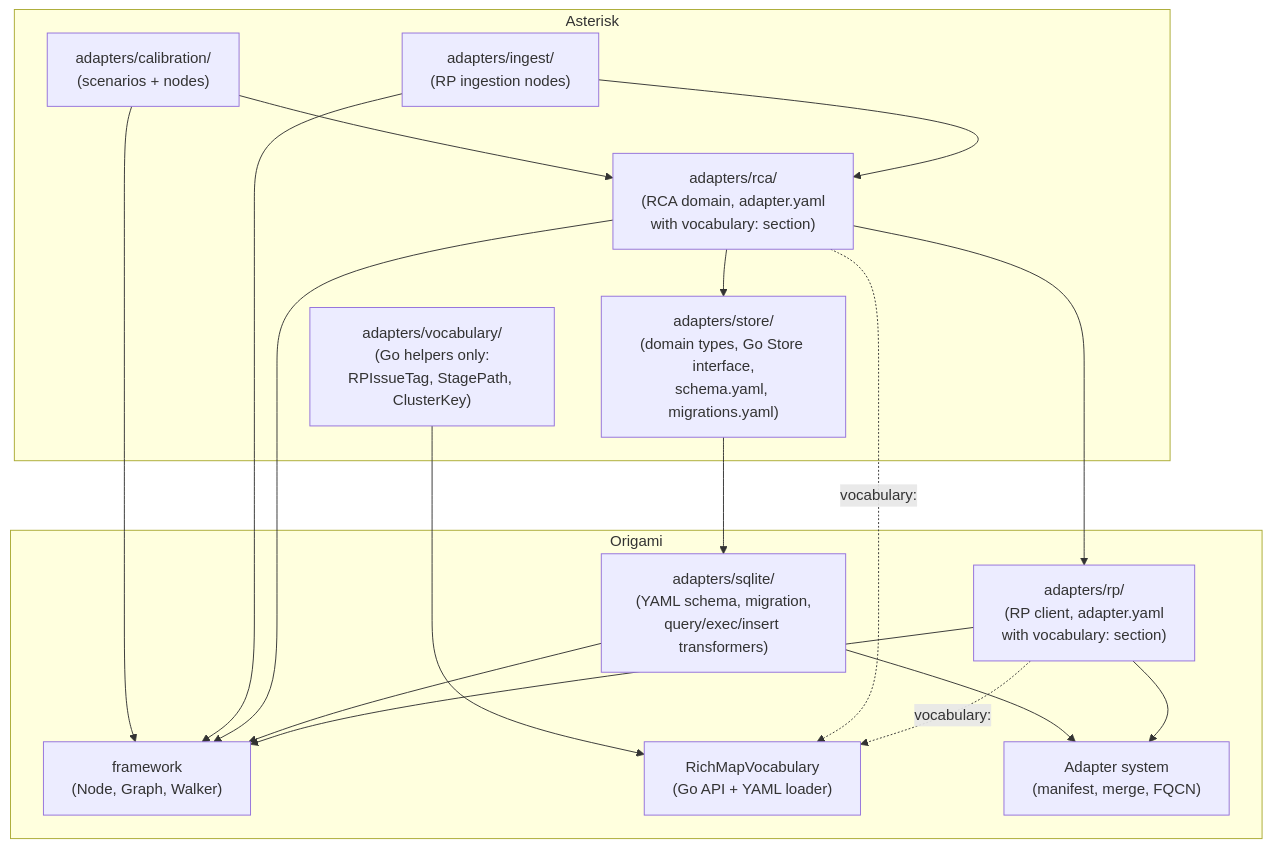
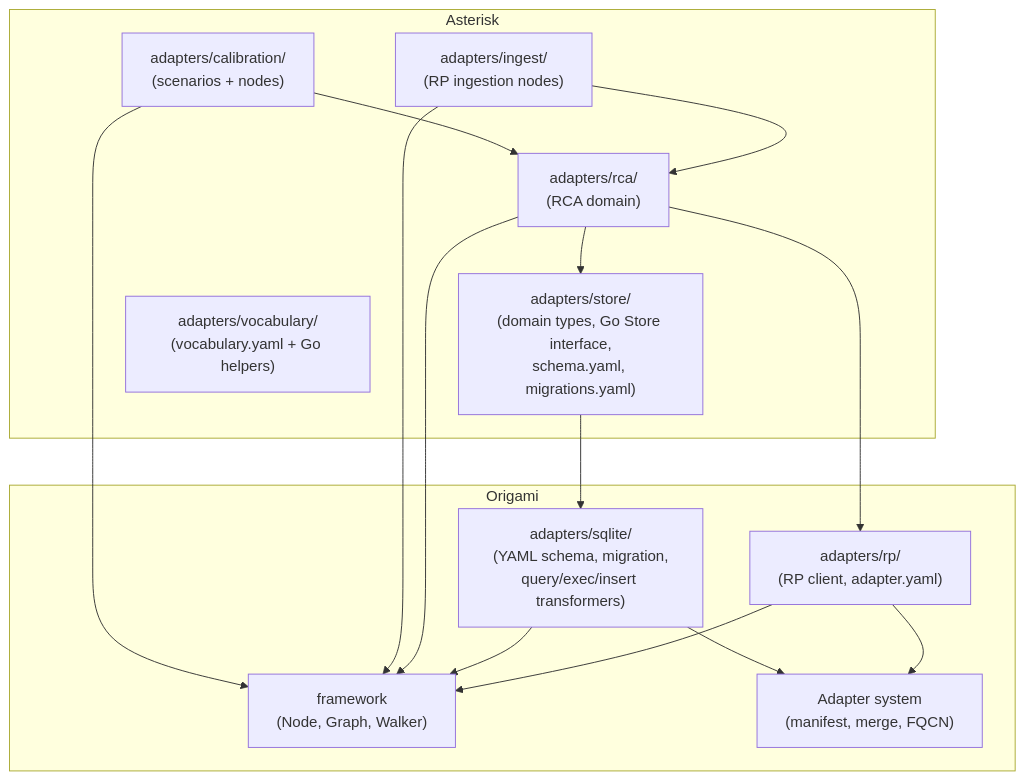
The second of 2 diagrams in .cursor/contracts/draft/adapter-migration.md (dpopsuev/asterisk), drawn with Mermaid before and after one commit. The commit also changed other lines of this file and 3 other files, not shown here.

First line of the commit message:
docs(contracts): remove vocabulary WS3 from adapter-migration

````diff
--- a/.cursor/contracts/draft/adapter-migration.md
+++ b/.cursor/contracts/draft/adapter-migration.md
@@ -62,32 +60,28 @@
 ```mermaid
 flowchart TB
   subgraph origami [Origami]
     fw["framework\n(Node, Graph, Walker)"]
-    richVocab["RichMapVocabulary\n(Go API + YAML loader)"]
     adapterSys["Adapter system\n(manifest, merge, FQCN)"]
-    rpOrigami["adapters/rp/\n(RP client, adapter.yaml\nwith vocabulary: section)"]
+    rpOrigami["adapters/rp/\n(RP client, adapter.yaml)"]
     sqliteOrigami["adapters/sqlite/\n(YAML schema, migration,\nquery/exec/insert transformers)"]
   end
   subgraph asterisk [Asterisk]
     store["adapters/store/\n(domain types, Go Store interface,\nschema.yaml, migrations.yaml)"]
-    vocabHelpers["adapters/vocabulary/\n(Go helpers only:\nRPIssueTag, StagePath, ClusterKey)"]
-    rca["adapters/rca/\n(RCA domain, adapter.yaml\nwith vocabulary: section)"]
+    vocab["adapters/vocabulary/\n(vocabulary.yaml + Go helpers)"]
+    rca["adapters/rca/\n(RCA domain)"]
     ingest["adapters/ingest/\n(RP ingestion nodes)"]
     cal["adapters/calibration/\n(scenarios + nodes)"]
   end
   rpOrigami --> fw
   rpOrigami --> adapterSys
-  rpOrigami -.->|"vocabulary:"| richVocab
   sqliteOrigami --> fw
   sqliteOrigami --> adapterSys
   store --> sqliteOrigami
   rca --> rpOrigami
   rca --> store
   rca --> fw
-  rca -.->|"vocabulary:"| richVocab
   ingest --> rca
   ingest --> fw
   cal --> rca
   cal --> fw
-  vocabHelpers --> richVocab
 ```
````
